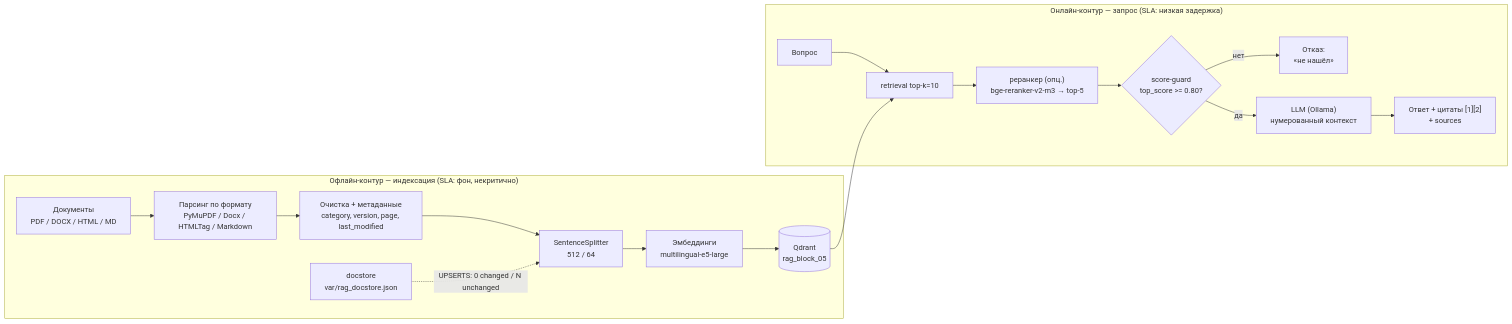
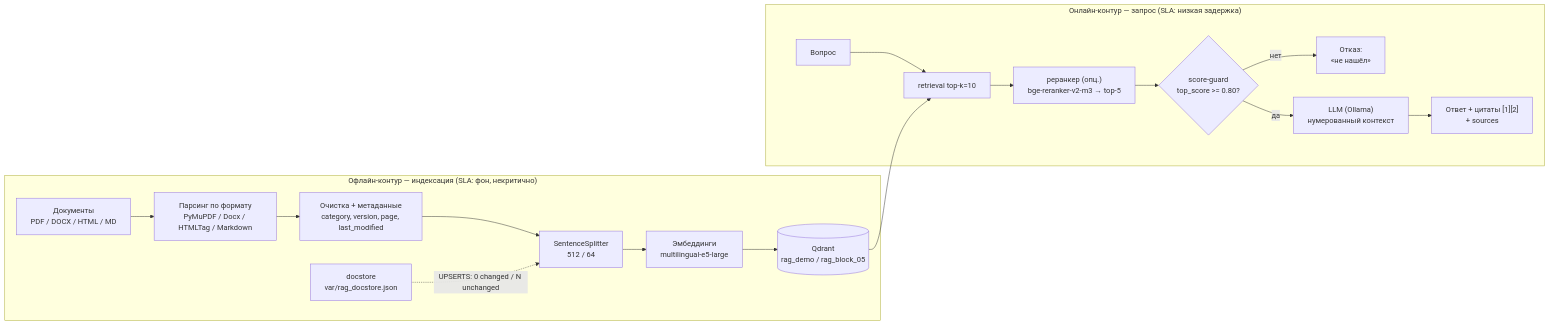
The first of 2 diagrams in docs/rag.md (vavstone/IntelliBase), drawn with Mermaid before and after one commit. The commit also changed other lines of this file and 32 other files, not shown here.

````diff
--- a/docs/rag.md
+++ b/docs/rag.md
@@ -136,20 +136,20 @@
 ```mermaid
 flowchart LR
     subgraph Offline["Офлайн-контур — индексация (SLA: фон, некритично)"]
         A["Документы<br>PDF / DOCX / HTML / MD"] --> B["Парсинг по формату<br>PyMuPDF / Docx / HTMLTag / Markdown"]
         B --> C["Очистка + метаданные<br>category, version, page, last_modified"]
         C --> D["SentenceSplitter<br>512 / 64"]
         D --> E["Эмбеддинги<br>multilingual-e5-large"]
-        E --> F[("Qdrant<br>rag_block_05")]
+        E --> F[("Qdrant<br>rag_demo / rag_block_05")]
         G["docstore<br>var/rag_docstore.json"] -.->|"UPSERTS: 0 changed / N unchanged"| D
     end
     subgraph Online["Онлайн-контур — запрос (SLA: низкая задержка)"]
         H["Вопрос"] --> I["retrieval top-k=10"]
         I --> J["реранкер (опц.)<br>bge-reranker-v2-m3 → top-5"]
         J --> K{"score-guard<br>top_score >= 0.80?"}
         K -->|нет| L["Отказ:<br>«не нашёл»"]
         K -->|да| M["LLM (Ollama)<br>нумерованный контекст"]
         M --> N["Ответ + цитаты [1][2]<br>+ sources"]
     end
     F --> I
 ```
````
